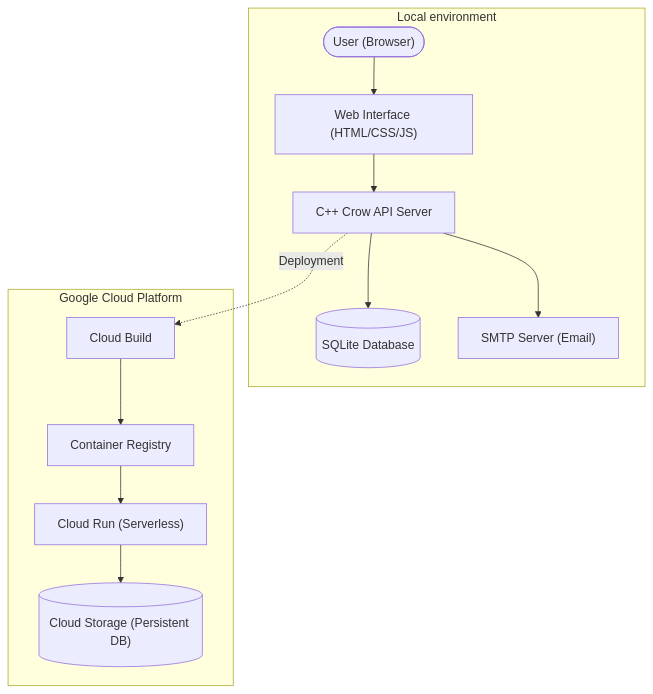
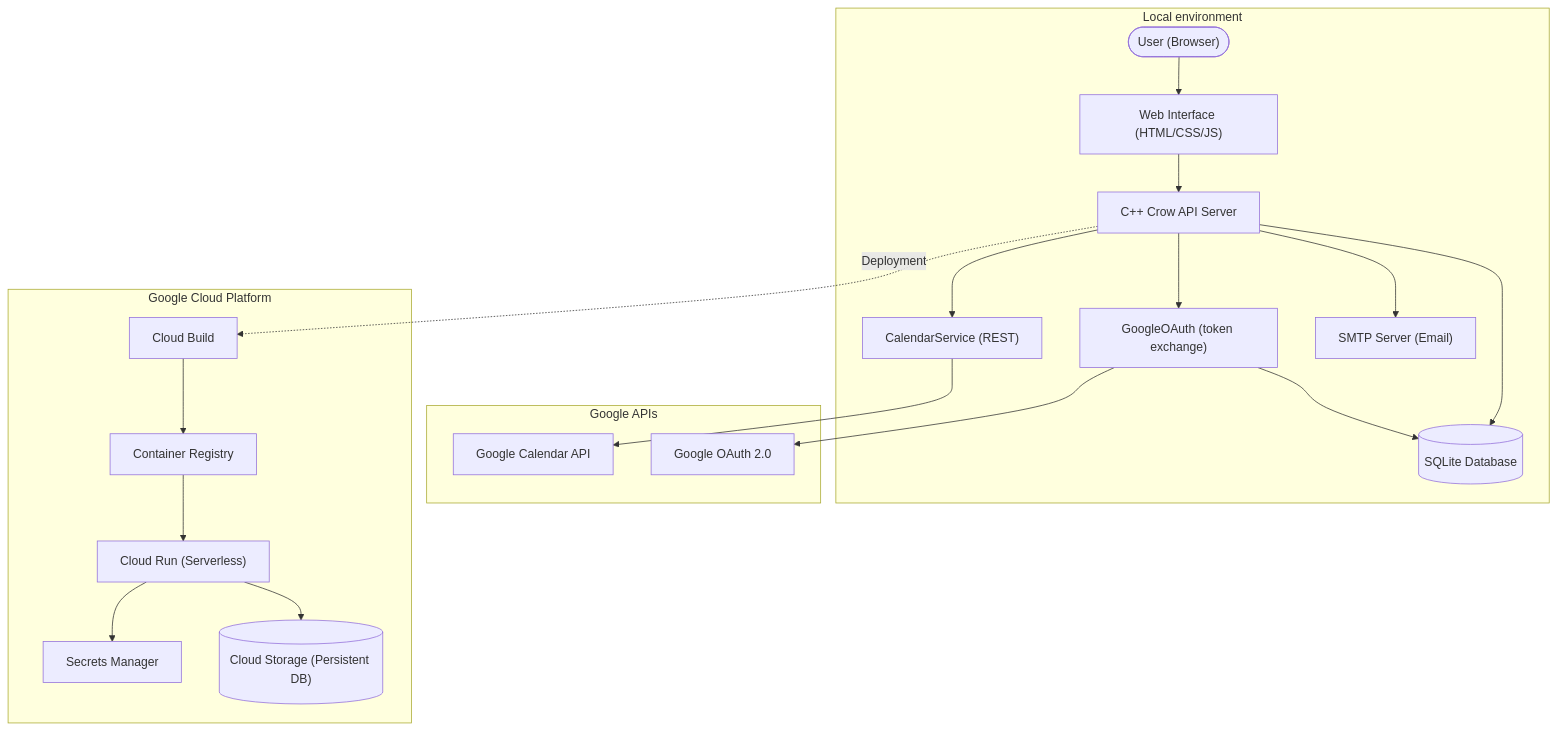
One commit to JohnnyJ5/meal_prep changed the diagram in README.md. Above: the diagram before and after it, drawn with Mermaid. The commit also changed other lines of this file and 4 other files, not shown here.

````diff
--- a/README.md
+++ b/README.md
@@ -61,17 +62,26 @@
 ```mermaid
 graph TD
     subgraph "Local environment"
         User(["User (Browser)"]) --> WebUI["Web Interface (HTML/CSS/JS)"]
         WebUI --> API["C++ Crow API Server"]
         API --> DB[("SQLite Database")]
         API --> SMTP["SMTP Server (Email)"]
+        API --> OAuth["GoogleOAuth (token exchange)"]
+        OAuth --> DB
+        API --> Cal["CalendarService (REST)"]
+    end
+
+    subgraph "Google APIs"
+        OAuth --> GAuth["Google OAuth 2.0"]
+        Cal --> GCal["Google Calendar API"]
     end
 
     subgraph "Google Cloud Platform"
         CB["Cloud Build"] --> GCR["Container Registry"]
         GCR --> CR["Cloud Run (Serverless)"]
         CR --> GCS[("Cloud Storage (Persistent DB)")]
+        CR --> SM["Secrets Manager"]
     end
 
     API -.->|Deployment| CB
 ```
````
